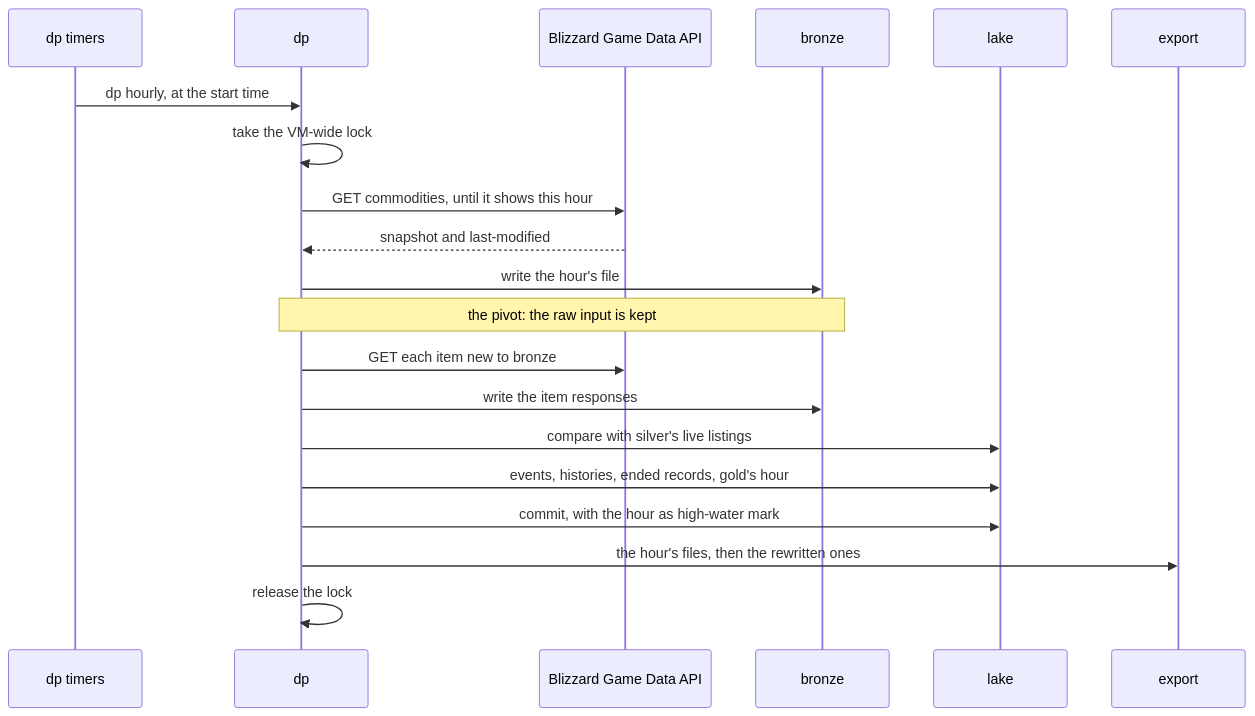
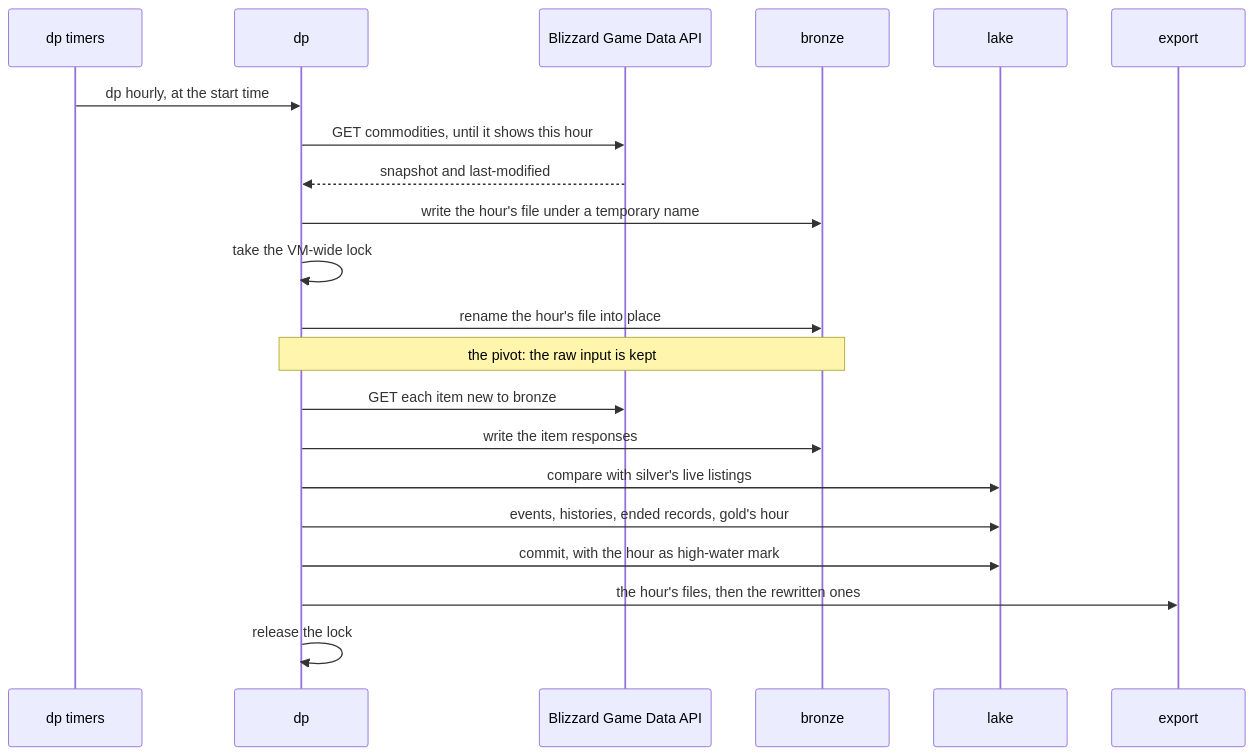
The second of 2 diagrams in docs/5.1.1-architecture.md (delphside/dark-portal), drawn with Mermaid before and after one commit. The commit also changed other lines of this file and 4 other files, not shown here.

````diff
--- a/docs/5.1.1-architecture.md
+++ b/docs/5.1.1-architecture.md
@@ -73,22 +73,23 @@
 ```mermaid
 sequenceDiagram
     participant T as dp timers
     participant D as dp
     participant B as Blizzard Game Data API
     participant F as bronze
     participant L as lake
     participant E as export
     T->>D: dp hourly, at the start time
-    D->>D: take the VM-wide lock
     D->>B: GET commodities, until it shows this hour
     B-->>D: snapshot and last-modified
-    D->>F: write the hour's file
+    D->>F: write the hour's file under a temporary name
+    D->>D: take the VM-wide lock
+    D->>F: rename the hour's file into place
     Note over D,F: the pivot: the raw input is kept
     D->>B: GET each item new to bronze
     D->>F: write the item responses
     D->>L: compare with silver's live listings
     D->>L: events, histories, ended records, gold's hour
     D->>L: commit, with the hour as high-water mark
     D->>E: the hour's files, then the rewritten ones
     D->>D: release the lock
 ```
````
